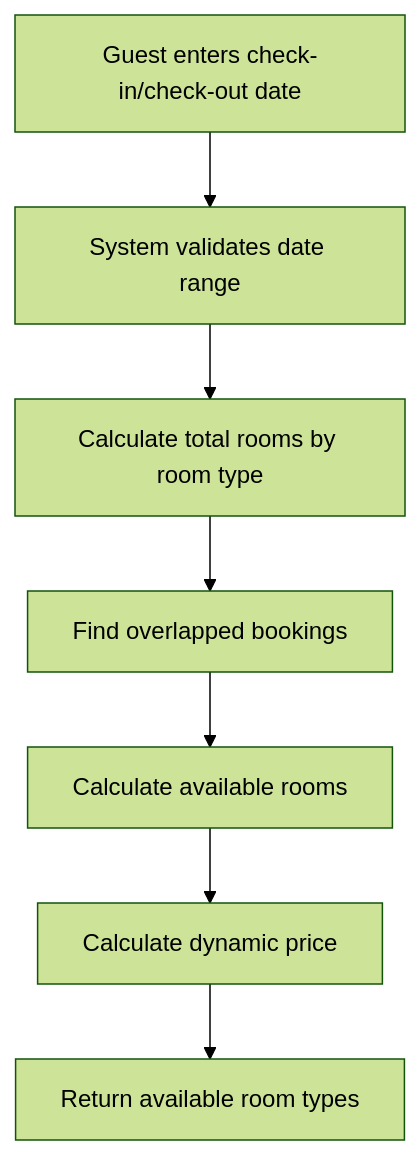
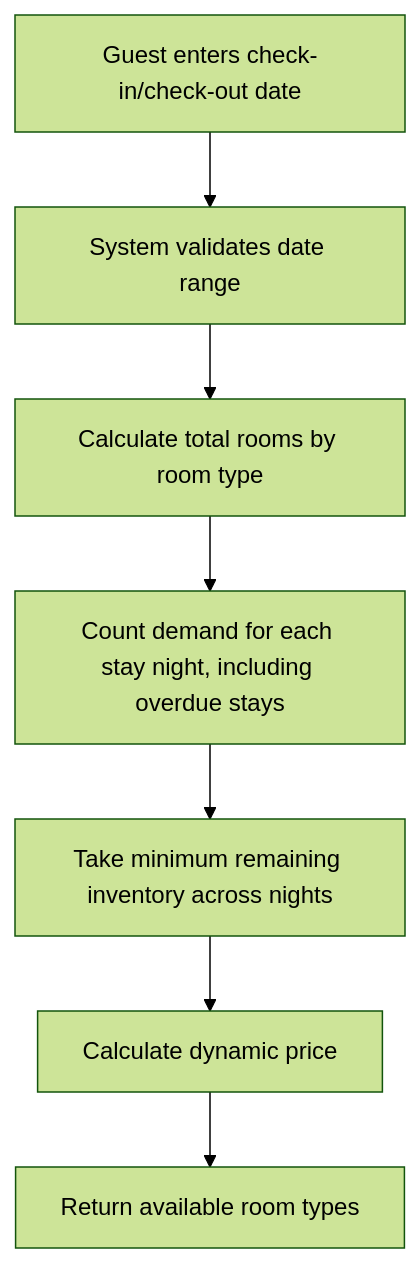
Before and after one commit to manhle11/hotel-booking-system: the first of 8 diagrams in docs/07-business-workflows.md, drawn with Mermaid (forest theme). The commit also changed other lines of this file and 123 other files, not shown here.

````diff
--- a/docs/07-business-workflows.md
+++ b/docs/07-business-workflows.md
@@ -10,9 +10,9 @@
 ```mermaid
 flowchart TD
     A[Guest enters check-in/check-out date] --> B[System validates date range]
     B --> C[Calculate total rooms by room type]
-    C --> D[Find overlapped bookings]
-    D --> E[Calculate available rooms]
+    C --> D[Count demand for each stay night, including overdue stays]
+    D --> E[Take minimum remaining inventory across nights]
     E --> F[Calculate dynamic price]
     F --> G[Return available room types]
 ```
````
